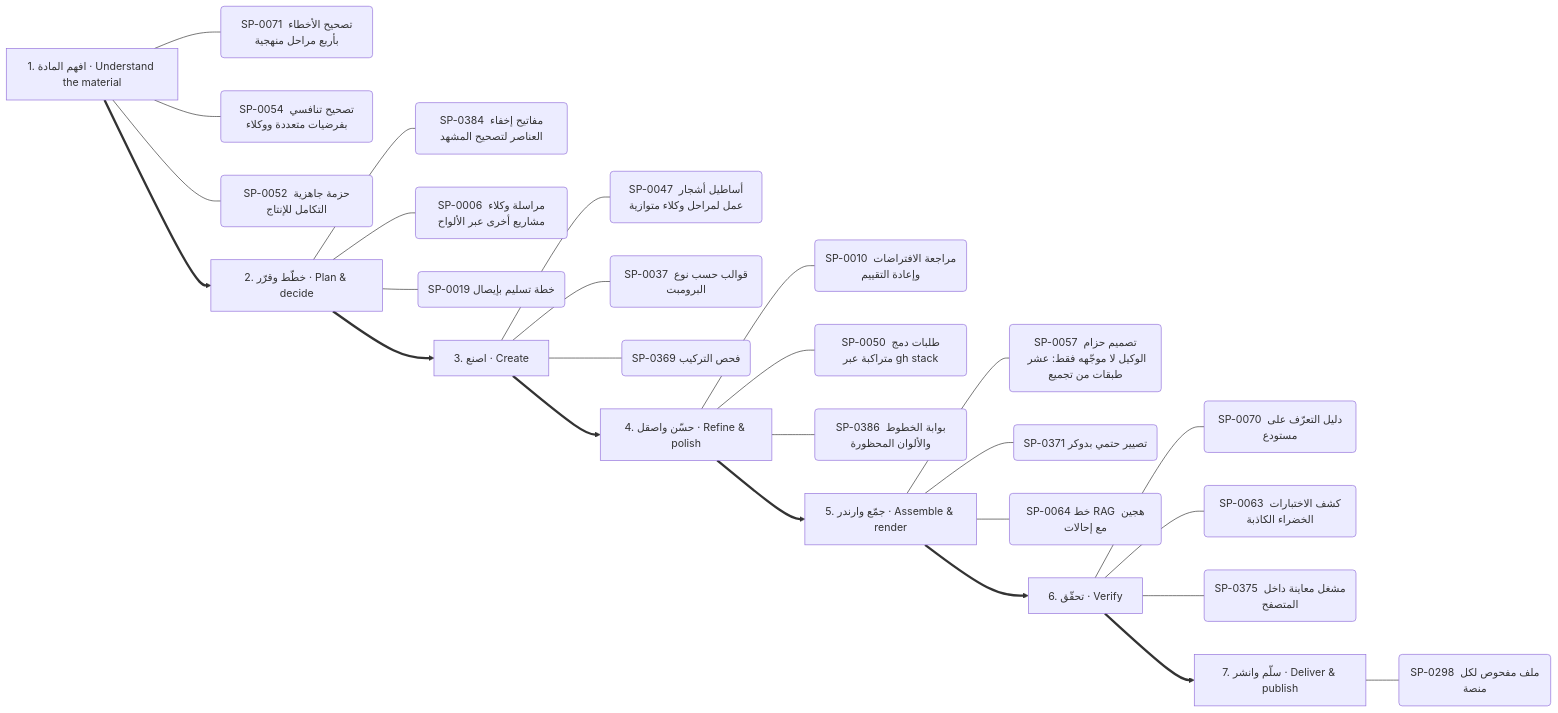
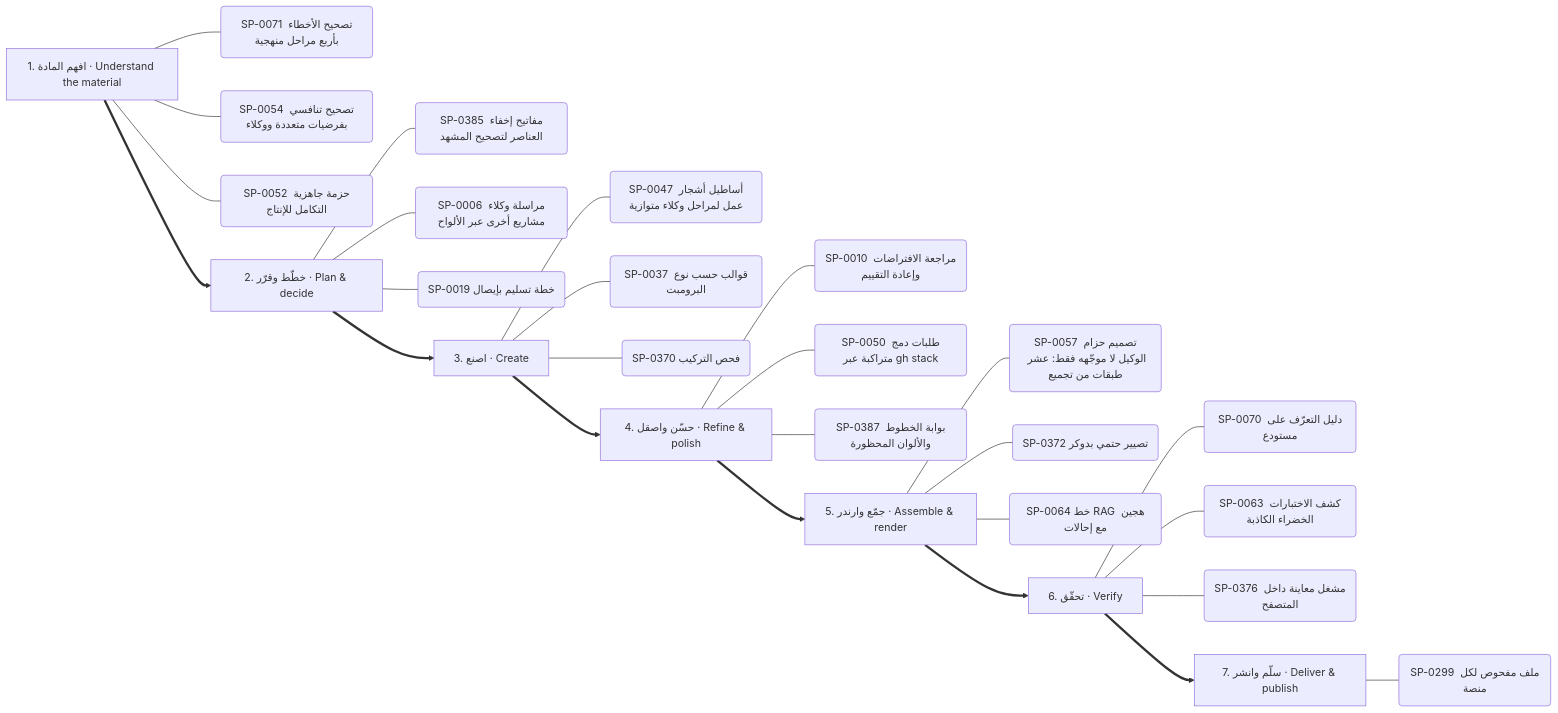
One commit to kosif199022-jpg/kosif-tool changed the tenth of 13 diagrams in .claude/skills/kosif-superpowers/references/capability-mindmap.md. Above: the diagram before and after it, drawn with Mermaid. The commit also changed other lines of this file and 61 other files, not shown here.

````diff
--- a/.claude/skills/kosif-superpowers/references/capability-mindmap.md
+++ b/.claude/skills/kosif-superpowers/references/capability-mindmap.md
@@ -509,35 +509,35 @@
 ```mermaid
 flowchart LR
   S0["1. افهم المادة · Understand the material"]
   S0 --- S0_0("SP-0071 تصحيح الأخطاء بأربع مراحل منهجية")
   S0 --- S0_1("SP-0054 تصحيح تنافسي بفرضيات متعددة ووكلاء")
   S0 --- S0_2("SP-0052 حزمة جاهزية التكامل للإنتاج")
   S1["2. خطّط وقرّر · Plan & decide"]
-  S1 --- S1_0("SP-0384 مفاتيح إخفاء العناصر لتصحيح المشهد")
+  S1 --- S1_0("SP-0385 مفاتيح إخفاء العناصر لتصحيح المشهد")
   S1 --- S1_1("SP-0006 مراسلة وكلاء مشاريع أخرى عبر الألواح")
   S1 --- S1_2("SP-0019 خطة تسليم بإيصال")
   S0 ==> S1
   S2["3. اصنع · Create"]
   S2 --- S2_0("SP-0047 أساطيل أشجار عمل لمراحل وكلاء متوازية")
   S2 --- S2_1("SP-0037 قوالب حسب نوع البرومبت")
-  S2 --- S2_2("SP-0369 فحص التركيب")
+  S2 --- S2_2("SP-0370 فحص التركيب")
   S1 ==> S2
   S3["4. حسّن واصقل · Refine & polish"]
   S3 --- S3_0("SP-0010 مراجعة الافتراضات وإعادة التقييم")
   S3 --- S3_1("SP-0050 طلبات دمج متراكبة عبر gh stack")
-  S3 --- S3_2("SP-0386 بوابة الخطوط والألوان المحظورة")
+  S3 --- S3_2("SP-0387 بوابة الخطوط والألوان المحظورة")
   S2 ==> S3
   S4["5. جمّع وارندر · Assemble & render"]
   S4 --- S4_0("SP-0057 تصميم حزام الوكيل لا موجّهه فقط: عشر طبقات من تجميع ")
-  S4 --- S4_1("SP-0371 تصيير حتمي بدوكر")
+  S4 --- S4_1("SP-0372 تصيير حتمي بدوكر")
   S4 --- S4_2("SP-0064 خط RAG هجين مع إحالات")
   S3 ==> S4
   S5["6. تحقّق · Verify"]
   S5 --- S5_0("SP-0070 دليل التعرّف على مستودع")
   S5 --- S5_1("SP-0063 كشف الاختبارات الخضراء الكاذبة")
-  S5 --- S5_2("SP-0375 مشغل معاينة داخل المتصفح")
+  S5 --- S5_2("SP-0376 مشغل معاينة داخل المتصفح")
   S4 ==> S5
   S6["7. سلّم وانشر · Deliver & publish"]
-  S6 --- S6_0("SP-0298 ملف مفحوص لكل منصة")
+  S6 --- S6_0("SP-0299 ملف مفحوص لكل منصة")
   S5 ==> S6
 ```
````
